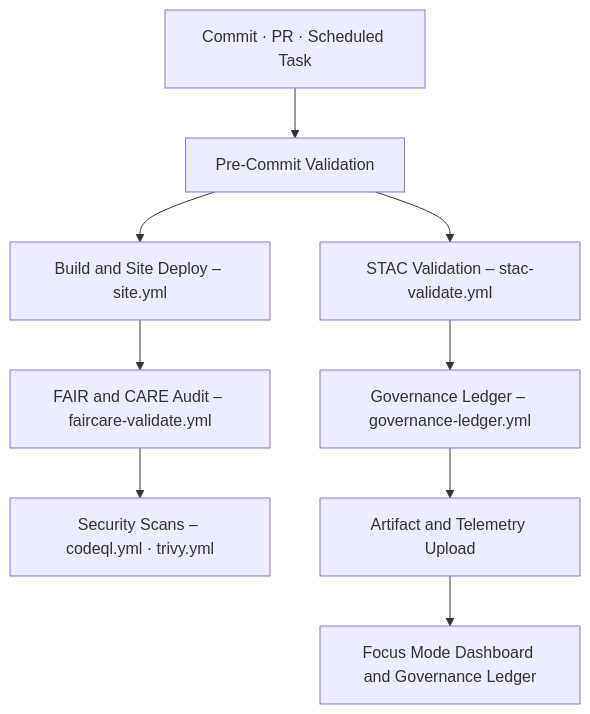
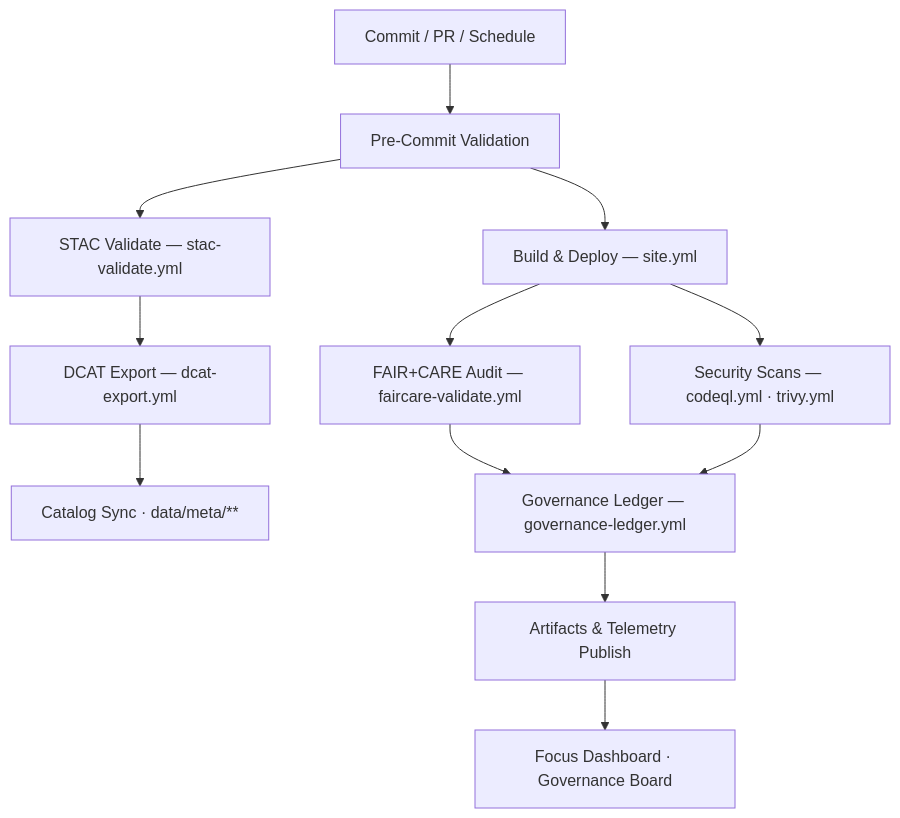
The diagram in .github/workflows/README.md (bartytime4life/Kansas-Frontier-Matrix), drawn with Mermaid before and after one commit. The commit also changed other lines of this file, not shown here.

````diff
--- a/.github/workflows/README.md
+++ b/.github/workflows/README.md
@@ -82,11 +87,14 @@
 ```mermaid
 flowchart TD
-A[Commit · PR · Scheduled Task] --> B[Pre-Commit Validation]
-B --> C[Build and Site Deploy – site.yml]
-B --> D[STAC Validation – stac-validate.yml]
-C --> E[FAIR and CARE Audit – faircare-validate.yml]
-D --> F[Governance Ledger – governance-ledger.yml]
-E --> G[Security Scans – codeql.yml · trivy.yml]
-F --> H[Artifact and Telemetry Upload]
-H --> I[Focus Mode Dashboard and Governance Ledger]
+  A[Commit / PR / Schedule] --> B[Pre-Commit Validation]
+  B --> C[Build & Deploy — site.yml]
+  B --> D[STAC Validate — stac-validate.yml]
+  D --> E[DCAT Export — dcat-export.yml]
+  C --> F[FAIR+CARE Audit — faircare-validate.yml]
+  C --> G[Security Scans — codeql.yml · trivy.yml]
+  E --> H[Catalog Sync · data/meta/**]
+  F --> I[Governance Ledger — governance-ledger.yml]
+  G --> I
+  I --> J[Artifacts & Telemetry Publish]
+  J --> K[Focus Dashboard · Governance Board]
 ```
````
